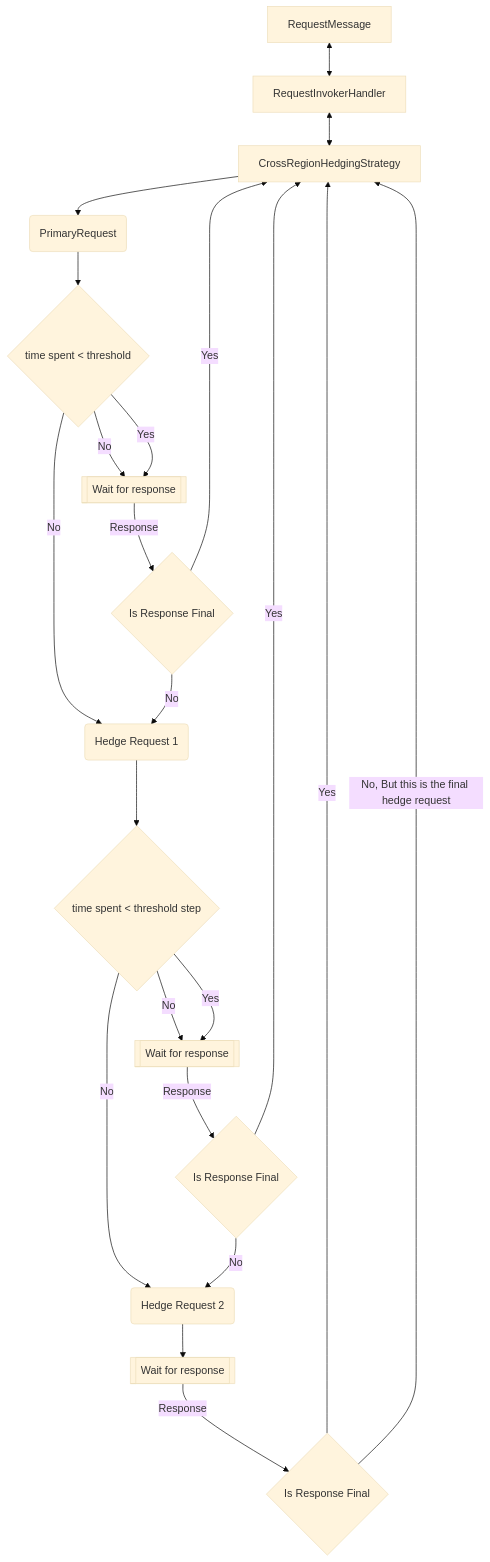
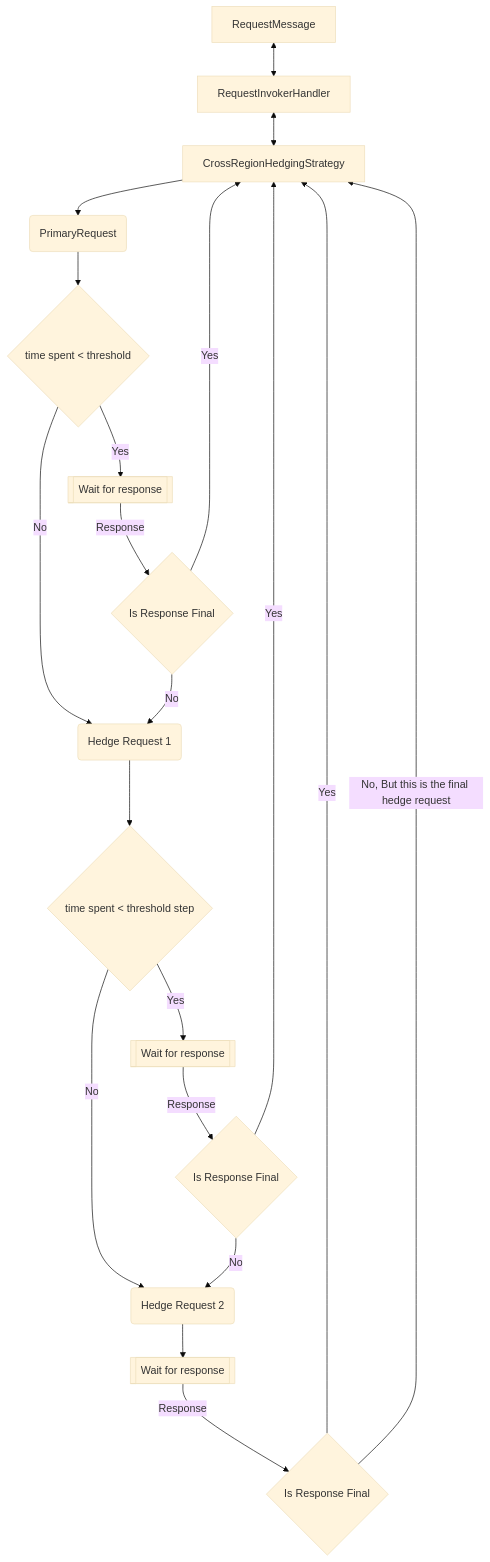
One commit to Azure/azure-cosmos-dotnet-v3 changed the diagram in docs/Cross Region Request Hedging.md. Above: the diagram before and after it, drawn with Mermaid (base theme). The commit also changed other lines of this file, not shown here.

````diff
--- a/docs/Cross Region Request Hedging.md
+++ b/docs/Cross Region Request Hedging.md
@@ -94,27 +131,27 @@
 ```mermaid
 graph TD
     A[RequestMessage] <--> B[RequestInvokerHandler]
     B <--> C[CrossRegionHedgingStrategy]
     C --> E(PrimaryRequest)
     E --> F{time spent < threshold}
 
-    F -- No --> I & G
+    F -- No --> I
     F -- Yes --> G[[Wait for response]]
     G -- Response --> H{Is Response Final}
     H -- Yes --> C
     H -- No --> I(Hedge Request 1)
     
     I --> J{time spent < threshold step}
 
-    J -- No --> K(Hedge Request 2) & M
+    J -- No --> K(Hedge Request 2) 
     J -- Yes --> M[[Wait for response]]
     M -- Response --> N{Is Response Final}
     N -- Yes --> C
     N -- No --> K
 
     K --> O[[Wait for response]]
     O -- Response --> P{Is Response Final}
     P -- Yes --> C
     P -- No, But this is the final hedge request --> C
     
 ```
````
